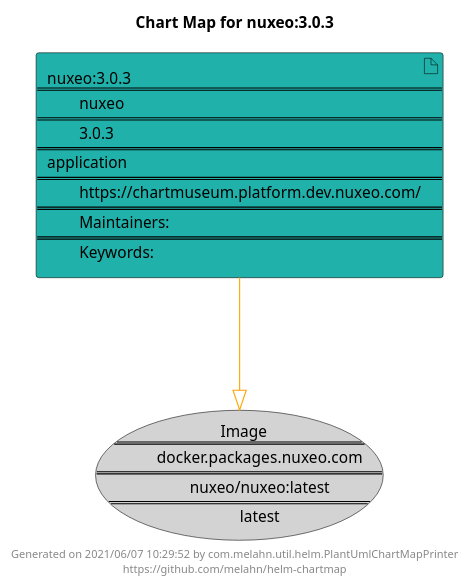
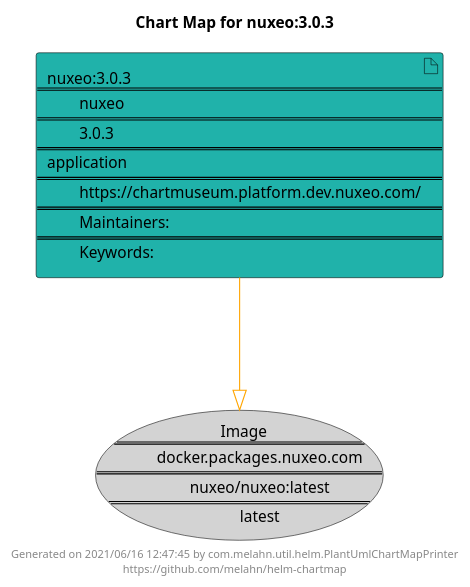
Before and after one commit to melahn/helm-chartmap: the diagram in docs/nuxeo/nuxeo-3.0.3.puml, drawn with PlantUML. The commit also changed 39 other files, not shown here.

```diff
--- a/docs/nuxeo/nuxeo-3.0.3.puml
+++ b/docs/nuxeo/nuxeo-3.0.3.puml
@@ -1,21 +1,21 @@
 @startuml
 skinparam linetype ortho
 skinparam backgroundColor white
 skinparam usecaseBorderColor black
 skinparam usecaseArrowColor LightSlateGray
 skinparam artifactBorderColor black
 skinparam artifactArrowColor LightSlateGray
 
 title Chart Map for nuxeo:3.0.3
 
 'There is one referenced Helm Chart
 artifact "nuxeo:3.0.3\n====\n\tnuxeo\n====\n\t3.0.3\n====\napplication\n====\n\thttps://chartmuseum.platform.dev.nuxeo.com/\n====\n\tMaintainers: \n====\n\tKeywords: " as nuxeo_3_0_3 #LightSeaGreen
 
 'There is one referenced Docker Image
 usecase "Image\n====\n\tdocker.packages.nuxeo.com\n====\n\tnuxeo/nuxeo:latest\n====\n\tlatest" as docker_packages_nuxeo_com_nuxeo_nuxeo_latest #LightGray
 
 'Chart Dependencies
 nuxeo_3_0_3--[#orange]-|>docker_packages_nuxeo_com_nuxeo_nuxeo_latest
 
-center footer Generated on 2021/06/07 10:29:52 by com.melahn.util.helm.PlantUmlChartMapPrinter\nhttps://github.com/melahn/helm-chartmap
+center footer Generated on 2021/06/16 12:47:45 by com.melahn.util.helm.PlantUmlChartMapPrinter\nhttps://github.com/melahn/helm-chartmap
 @enduml
```
